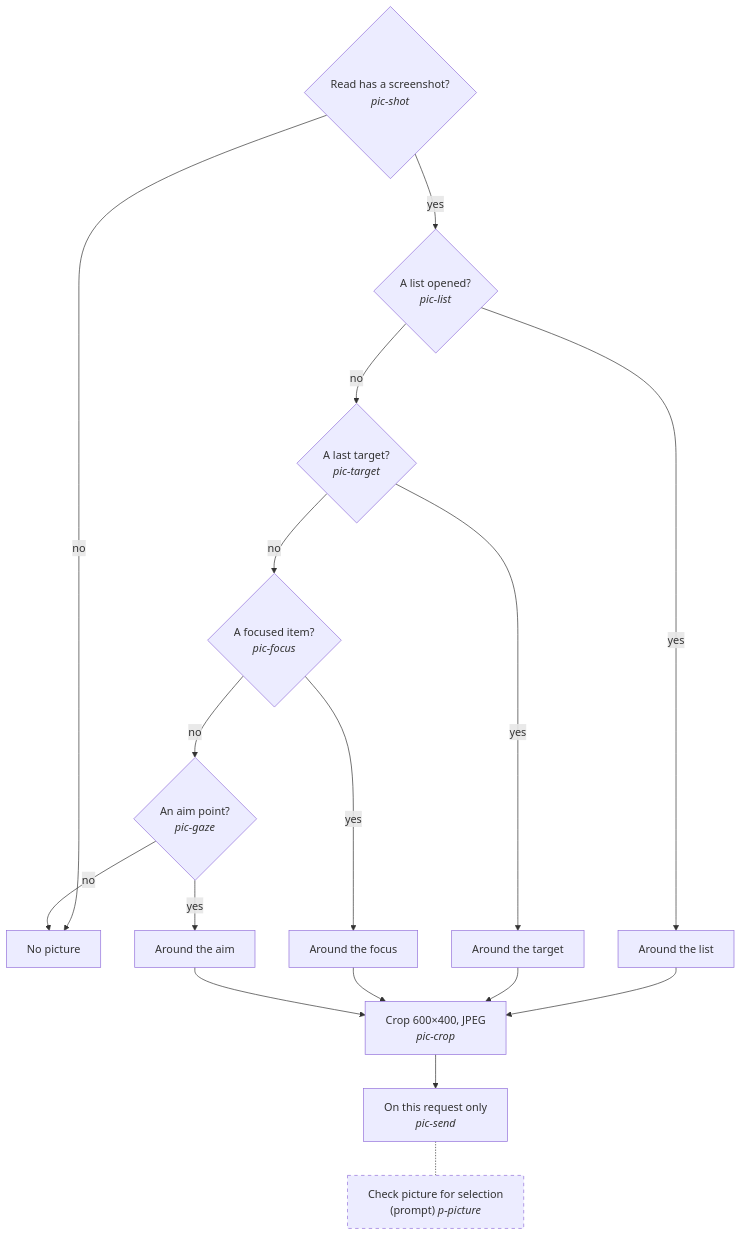
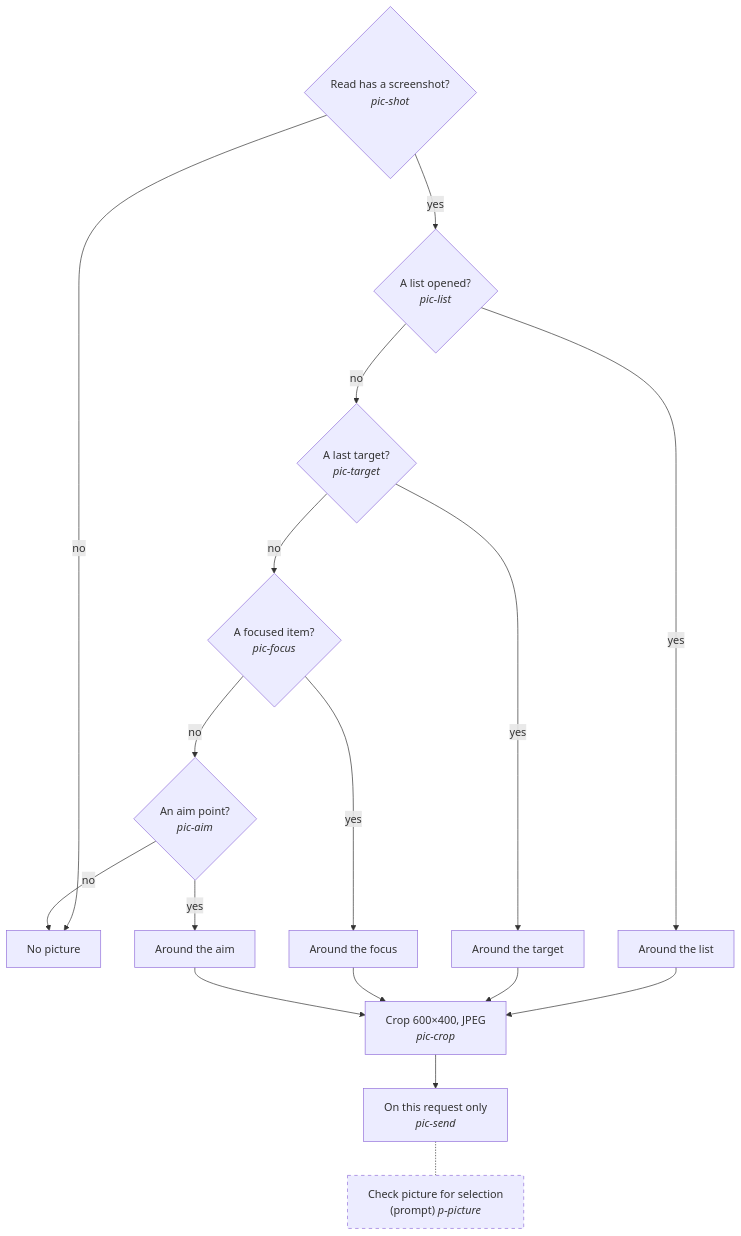
Before and after one commit to znat/parrotflow: the fifth of 16 diagrams in docs/actions-trees.md, drawn with Mermaid. The commit also changed other lines of this file and 32 other files, not shown here.

````diff
--- a/docs/actions-trees.md
+++ b/docs/actions-trees.md
@@ -110,22 +106,22 @@
 ```mermaid
 flowchart TD
   classDef prompt stroke-dasharray: 5 5
   classDef user stroke-width:3px
   Q0{"Read has a screenshot?<br/><i>pic-shot</i>"} -->|no| N0["No picture"]
   Q0 -->|yes| Q1{"A list opened?<br/><i>pic-list</i>"}
   Q1 -->|yes| C1["Around the list"]
   Q1 -->|no| Q2{"A last target?<br/><i>pic-target</i>"}
   Q2 -->|yes| C2["Around the target"]
   Q2 -->|no| Q3{"A focused item?<br/><i>pic-focus</i>"}
   Q3 -->|yes| C3["Around the focus"]
-  Q3 -->|no| Q4{"An aim point?<br/><i>pic-gaze</i>"}
+  Q3 -->|no| Q4{"An aim point?<br/><i>pic-aim</i>"}
   Q4 -->|yes| C4["Around the aim"]
   Q4 -->|no| N0
   C1 --> CR["Crop 600×400, JPEG<br/><i>pic-crop</i>"]
   C2 --> CR
   C3 --> CR
   C4 --> CR
   CR --> SD["On this request only<br/><i>pic-send</i>"]
   P1["Check picture for selection<br/>(prompt) <i>p-picture</i>"]:::prompt
   SD -.- P1
 ```
````
